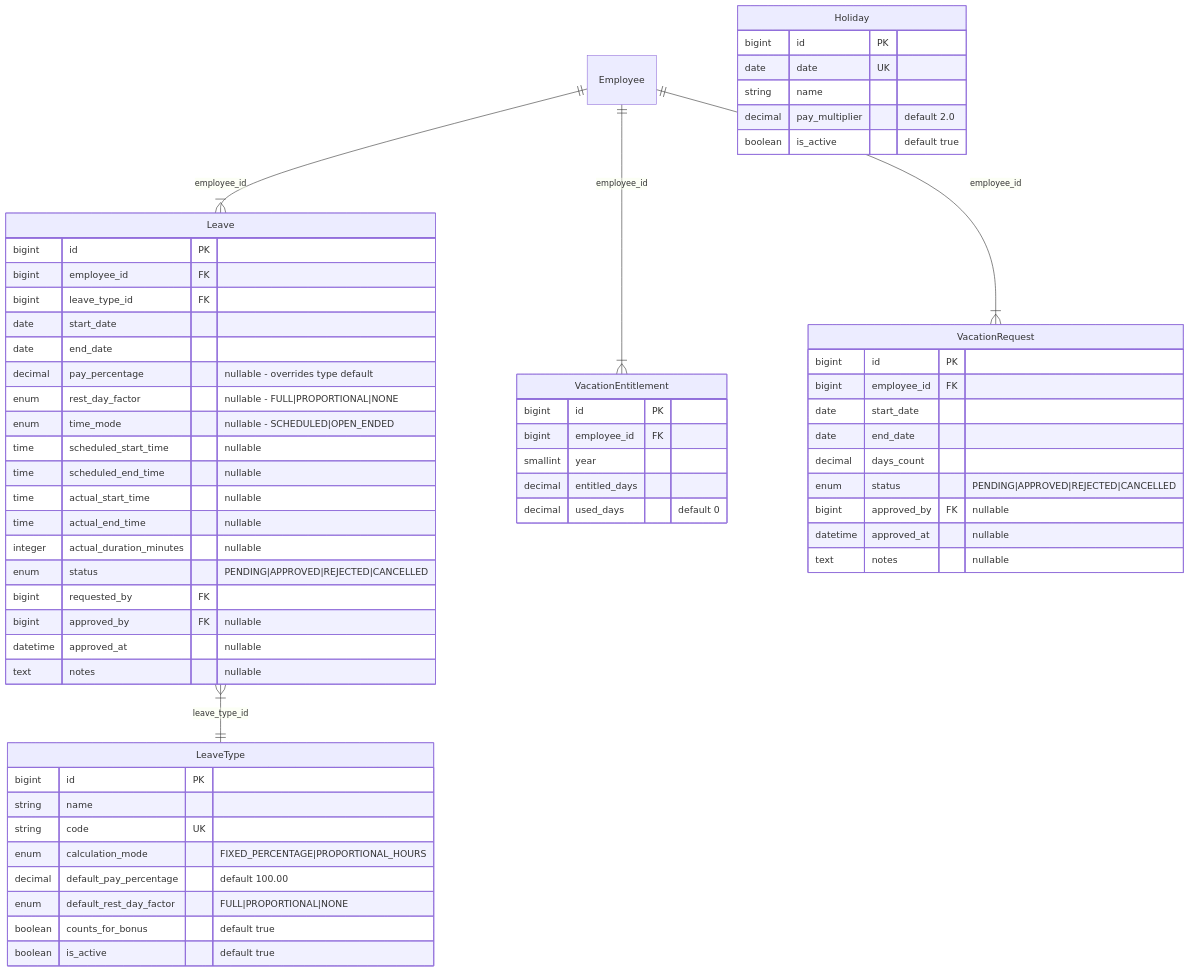
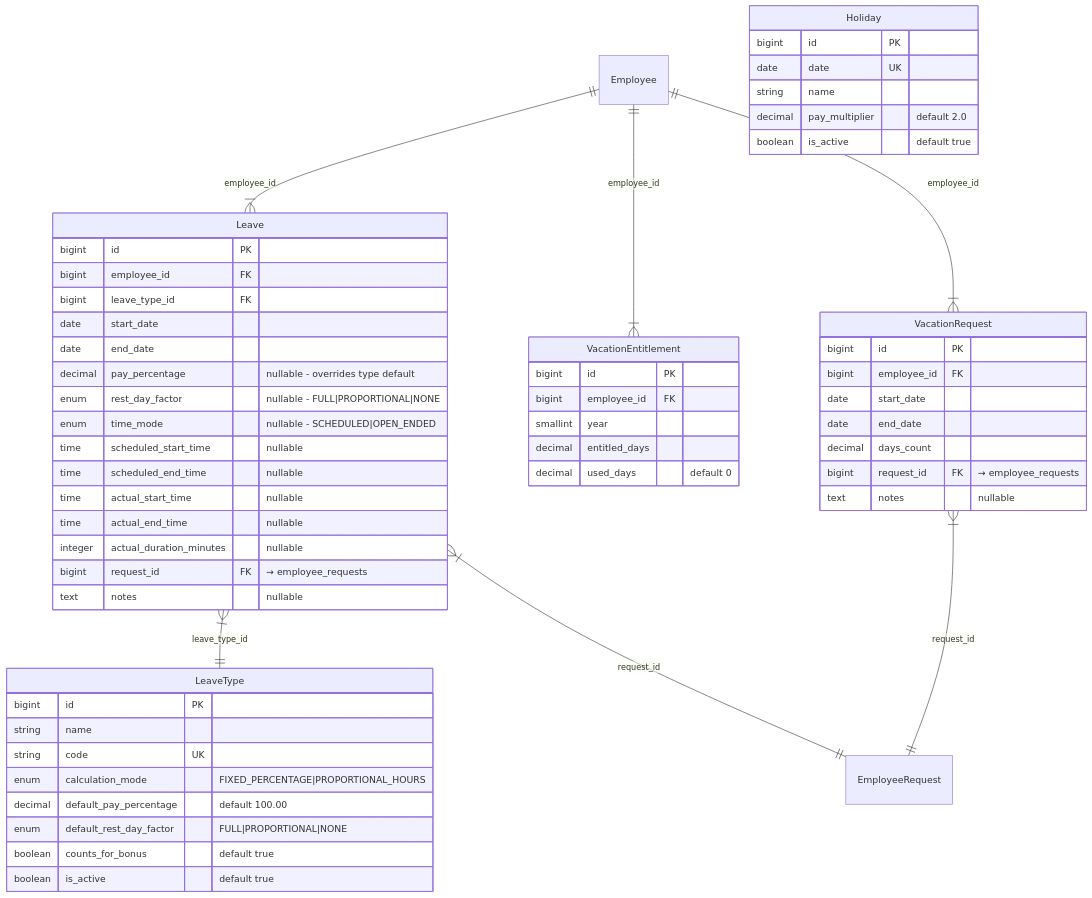
The third of 20 diagrams in doc/modules/attendance-payroll/attendance-payroll-domain-model.en.md (pakodiazdev/sushigo), drawn with Mermaid before and after one commit. The commit also changed other lines of this file and 6 other files, not shown here.

First line of the commit message:
📚 [#126] - Pivot EmployeeRequest: domain model v1.1 + tasks #126 #127 📋

````diff
--- a/doc/modules/attendance-payroll/attendance-payroll-domain-model.en.md
+++ b/doc/modules/attendance-payroll/attendance-payroll-domain-model.en.md
@@ -191,68 +213,65 @@
 ```mermaid
 erDiagram
     Employee ||--|{ Leave : "employee_id"
     Employee ||--|{ VacationEntitlement : "employee_id"
     Employee ||--|{ VacationRequest : "employee_id"
 
     Leave }|--|| LeaveType : "leave_type_id"
+    Leave }|--|| EmployeeRequest : "request_id"
+    VacationRequest }|--|| EmployeeRequest : "request_id"
 
     LeaveType {
         bigint id PK
         string name
         string code UK
         enum calculation_mode "FIXED_PERCENTAGE|PROPORTIONAL_HOURS"
         decimal default_pay_percentage "default 100.00"
         enum default_rest_day_factor "FULL|PROPORTIONAL|NONE"
         boolean counts_for_bonus "default true"
         boolean is_active "default true"
     }
 
     Leave {
         bigint id PK
         bigint employee_id FK
         bigint leave_type_id FK
         date start_date
         date end_date
         decimal pay_percentage "nullable - overrides type default"
         enum rest_day_factor "nullable - FULL|PROPORTIONAL|NONE"
         enum time_mode "nullable - SCHEDULED|OPEN_ENDED"
         time scheduled_start_time "nullable"
         time scheduled_end_time "nullable"
         time actual_start_time "nullable"
         time actual_end_time "nullable"
         integer actual_duration_minutes "nullable"
-        enum status "PENDING|APPROVED|REJECTED|CANCELLED"
-        bigint requested_by FK
-        bigint approved_by FK "nullable"
-        datetime approved_at "nullable"
+        bigint request_id FK "→ employee_requests"
         text notes "nullable"
     }
 
     Holiday {
         bigint id PK
         date date UK
         string name
         decimal pay_multiplier "default 2.0"
         boolean is_active "default true"
     }
 
     VacationEntitlement {
         bigint id PK
         bigint employee_id FK
         smallint year
         decimal entitled_days
         decimal used_days "default 0"
     }
 
     VacationRequest {
         bigint id PK
         bigint employee_id FK
         date start_date
         date end_date
         decimal days_count
-        enum status "PENDING|APPROVED|REJECTED|CANCELLED"
-        bigint approved_by FK "nullable"
-        datetime approved_at "nullable"
+        bigint request_id FK "→ employee_requests"
         text notes "nullable"
     }
 ```
````
